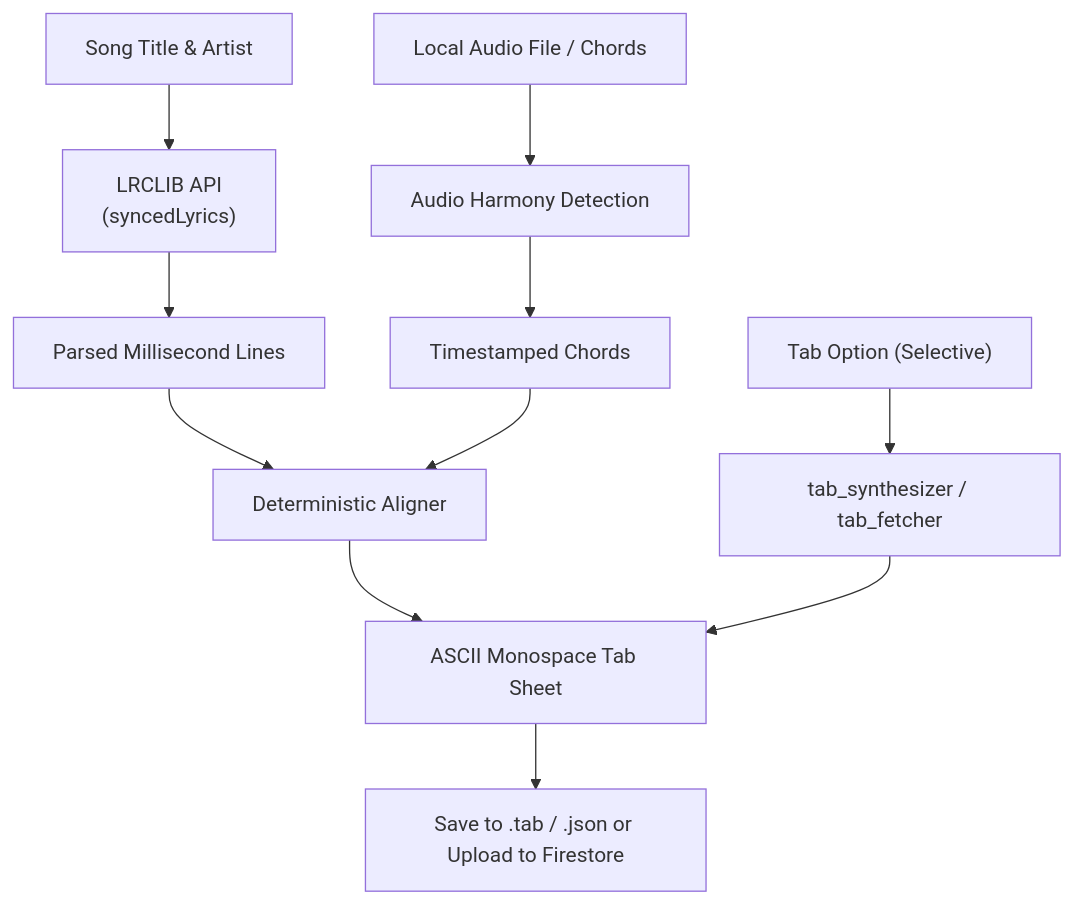
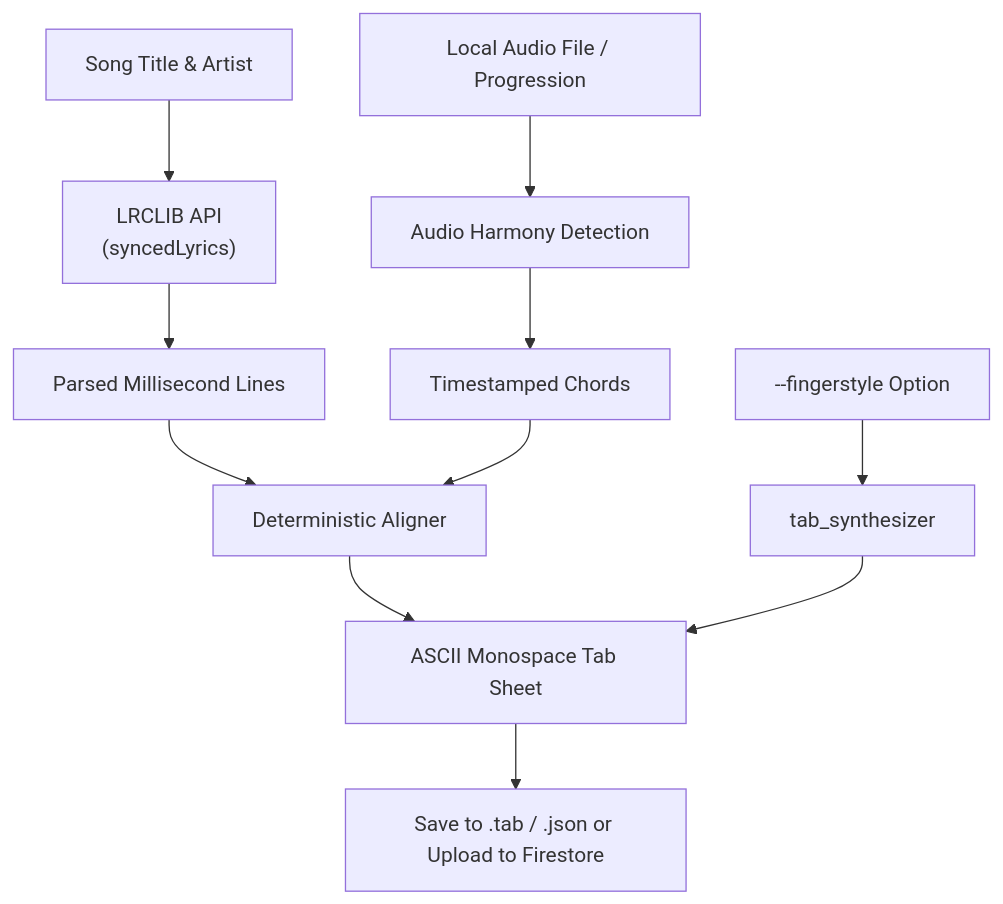
One commit to FortunateSpy5/the-cozy-strum changed the diagram in tools/chord-sync/README.md. Above: the diagram before and after it, drawn with Mermaid. The commit also changed other lines of this file and 8 other files, not shown here.

````diff
--- a/tools/chord-sync/README.md
+++ b/tools/chord-sync/README.md
@@ -14,11 +15,11 @@
 ```mermaid
 flowchart TD
     A["Song Title & Artist"] --> B["LRCLIB API\n(syncedLyrics)"]
-    C["Local Audio File / Chords"] --> D["Audio Harmony Detection"]
+    C["Local Audio File / Progression"] --> D["Audio Harmony Detection"]
     B --> E["Parsed Millisecond Lines"]
     D --> F["Timestamped Chords"]
     E & F --> G["Deterministic Aligner"]
-    H["Tab Option (Selective)"] --> I["tab_synthesizer / tab_fetcher"]
+    H["--fingerstyle Option"] --> I["tab_synthesizer"]
     G & I --> J["ASCII Monospace Tab Sheet"]
     J --> K["Save to .tab / .json or Upload to Firestore"]
 ```
````
